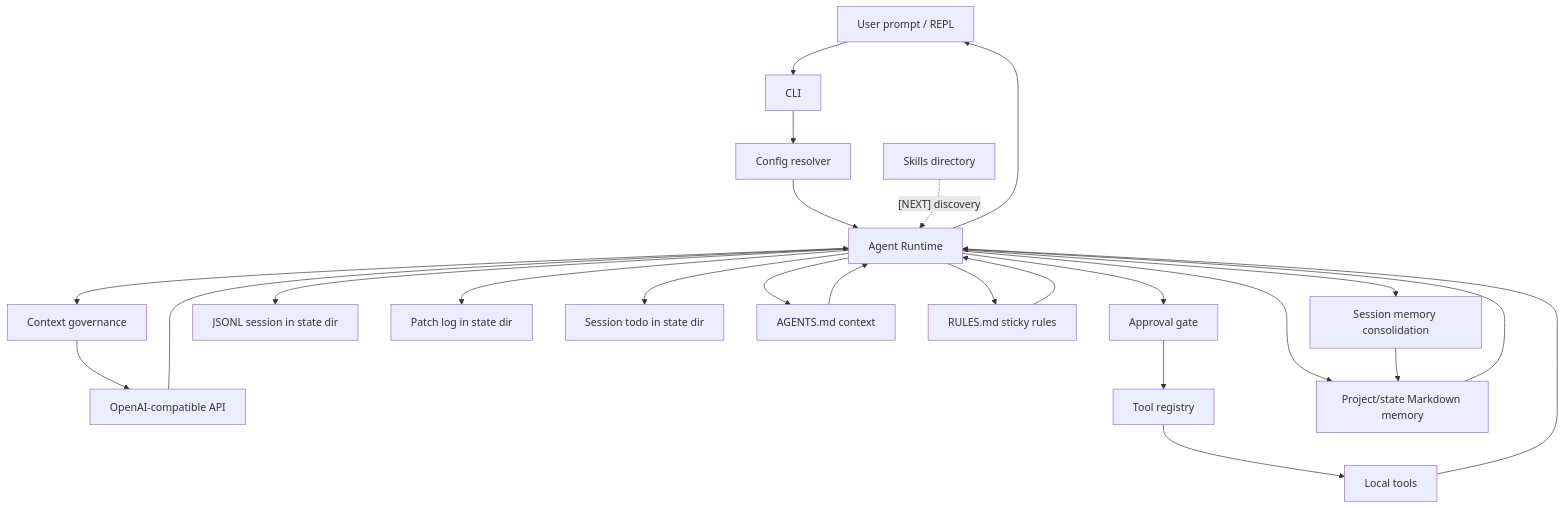
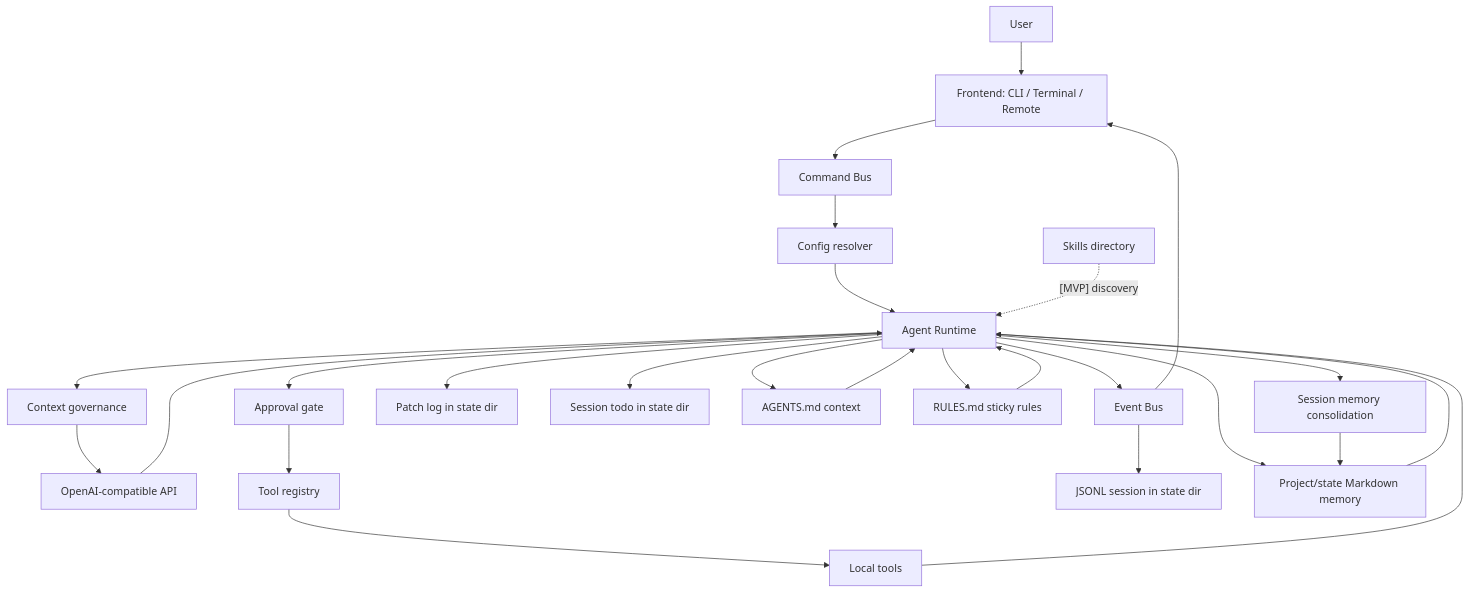
The diagram in docs/architecture.md (noone6931/lca-private-handoff-20260803), drawn with Mermaid before and after one commit. The commit also changed other lines of this file and 9 other files, not shown here.

Commit message:
Add event command protocol

````diff
--- a/docs/architecture.md
+++ b/docs/architecture.md
@@ -57,26 +58,28 @@
 ```mermaid
 flowchart TD
-  U["User prompt / REPL"] --> CLI["CLI"]
-  CLI --> CFG["Config resolver"]
+  USER["User"] --> FE["Frontend: CLI / Terminal / Remote"]
+  FE --> CMD["Command Bus"]
+  CMD --> CFG["Config resolver"]
   CFG --> RT["Agent Runtime"]
   RT --> CTX["Context governance"]
   CTX --> LLM["OpenAI-compatible API"]
   LLM --> RT
   RT --> APR["Approval gate"]
   APR --> REG["Tool registry"]
   REG --> TOOLS["Local tools"]
   TOOLS --> RT
-  RT --> SESS["JSONL session in state dir"]
+  RT --> EV["Event Bus"]
+  EV --> FE
+  EV --> SESS["JSONL session in state dir"]
   RT --> PATCH["Patch log in state dir"]
   RT --> TODO["Session todo in state dir"]
   RT --> CTFILE["AGENTS.md context"]
   RT --> RULES["RULES.md sticky rules"]
   RT --> MEM["Project/state Markdown memory"]
   RT --> MC["Session memory consolidation"]
   CTFILE --> RT
   RULES --> RT
   MEM --> RT
   MC --> MEM
-  SKILL["Skills directory"] -. "[NEXT] discovery" .-> RT
-  RT --> U
+  SKILL["Skills directory"] -. "[MVP] discovery" .-> RT
 ```
````
